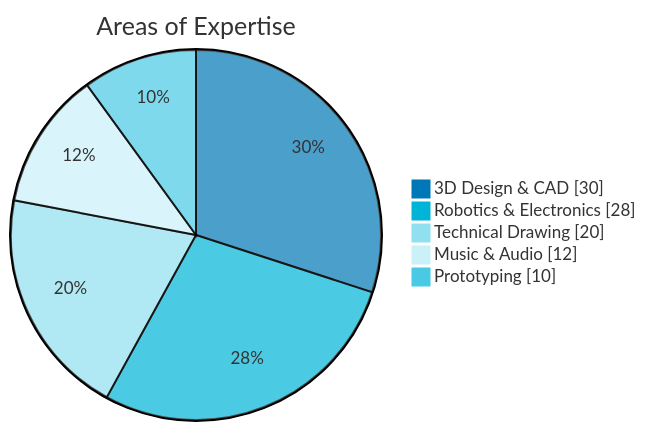
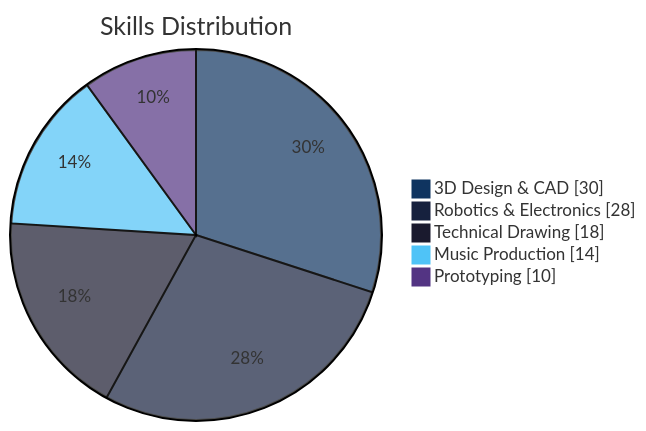
The first of 3 diagrams in readme.md (nasblor/nasblor), drawn with Mermaid before and after one commit. The commit also changed other lines of this file, not shown here.

````diff
--- a/readme.md
+++ b/readme.md
@@ -82,10 +73,10 @@
 ```mermaid
-%%{init: {'theme': 'base', 'themeVariables': { 'pie1': '#0077B6', 'pie2': '#00B4D8', 'pie3': '#90E0EF', 'pie4': '#CAF0F8', 'pie5': '#48CAE4'}}}%%
+%%{init: {'theme': 'base', 'themeVariables': { 'pie1': '#0f3460', 'pie2': '#16213e', 'pie3': '#1a1a2e', 'pie4': '#4FC3F7', 'pie5': '#533483'}}}%%
 pie showData
-    title Areas of Expertise
+    title Skills Distribution
     "3D Design & CAD" : 30
     "Robotics & Electronics" : 28
-    "Technical Drawing" : 20
-    "Music & Audio" : 12
+    "Technical Drawing" : 18
+    "Music Production" : 14
     "Prototyping" : 10
 ```
````
